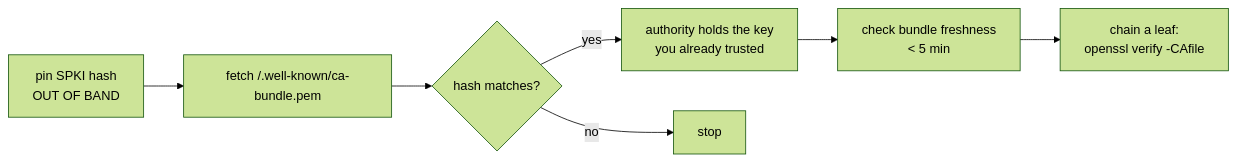
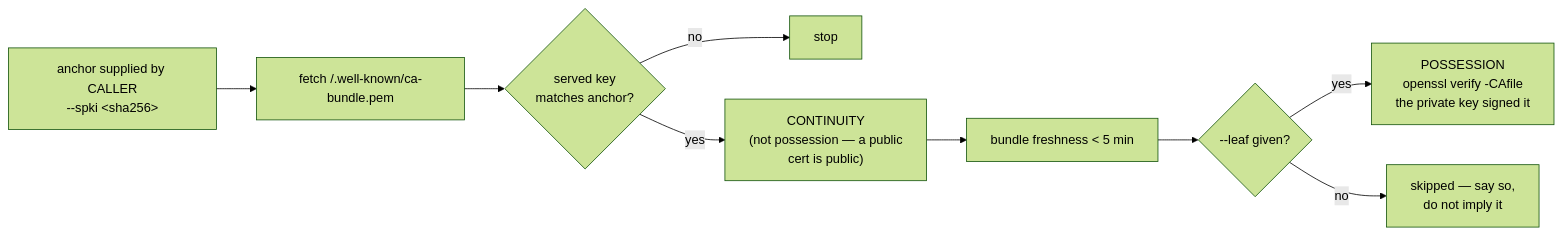
Before and after one commit to agentic-research/notme: the fourth of 5 diagrams in docs/FLOWS.md, drawn with Mermaid (forest theme).

Commit message:
[notme-58cc3e] docs(flows): the diagram still claimed possession — corrected
Section 5's mermaid said the matching hash proved the "authority holds
the key you already trusted". It does not. A public certificate is
public; matching its hash proves the server SERVES those bytes, which is
continuity, not possession.

The diagram now splits them: continuity from the anchor match, possession
only via --leaf, and an explicit "skipped — say so, do not imply it"
branch when no leaf is supplied. The anchor is shown as caller-supplied
rather than "OUT OF BAND", since a pin shipped in the repo under
evaluation is neither.

Prose was fixed in the previous commit; the picture still carried the old
claim, which is its own small instance of the pattern — a correction that
reached one surface and not the other.

Claude-Session: https://claude.ai/code/session_01JPj1mvnB1v1LZUZWVDsux4

````diff
--- a/docs/FLOWS.md
+++ b/docs/FLOWS.md
@@ -121,9 +121,11 @@
 ```mermaid
 graph LR
-    P["pin SPKI hash<br/>OUT OF BAND"] --> F["fetch /.well-known/ca-bundle.pem"]
-    F --> C{"hash matches?"}
-    C -->|yes| V["authority holds the key<br/>you already trusted"]
+    P["anchor supplied by CALLER<br/>--spki &lt;sha256&gt;"] --> F["fetch /.well-known/ca-bundle.pem"]
+    F --> C{"served key<br/>matches anchor?"}
     C -->|no| X["stop"]
-    V --> B["check bundle freshness<br/>< 5 min"]
-    B --> L["chain a leaf:<br/>openssl verify -CAfile"]
+    C -->|yes| V["CONTINUITY<br/>(not possession — a public<br/>cert is public)"]
+    V --> B["bundle freshness &lt; 5 min"]
+    B --> L{"--leaf given?"}
+    L -->|yes| PO["POSSESSION<br/>openssl verify -CAfile<br/>the private key signed it"]
+    L -->|no| SK["skipped — say so,<br/>do not imply it"]
 ```
````
